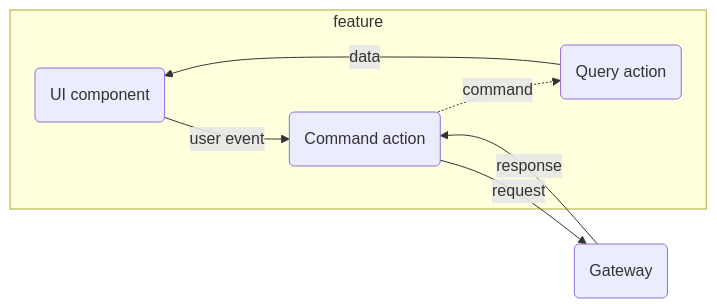
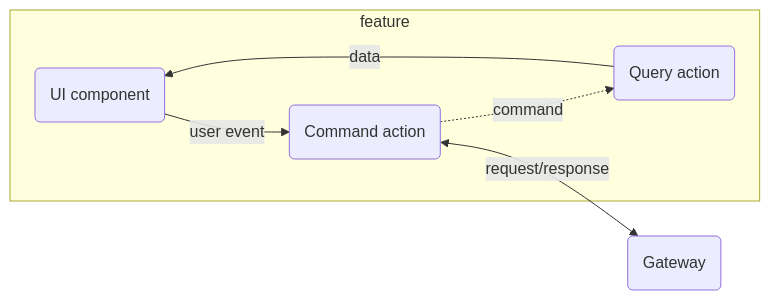
Before and after one commit to crinklesio/reference-architecture: the fourth of 6 diagrams in README.md, drawn with Mermaid.

Commit message:
fix: updates some diagrams to have better visuals

````diff
--- a/README.md
+++ b/README.md
@@ -157,14 +157,13 @@
 ```mermaid
 flowchart LR
     subgraph feature
         U(UI component)
         A1(Query action)
         A2(Command action)
     end
     G(Gateway)
     U -->|user event| A2
     A2 -.->|command| A1
-    A2 -->|request| G
-    G --> |response| A2
+    A2 <-->|request/response| G
     A1 -->|data| U
 ```
````
